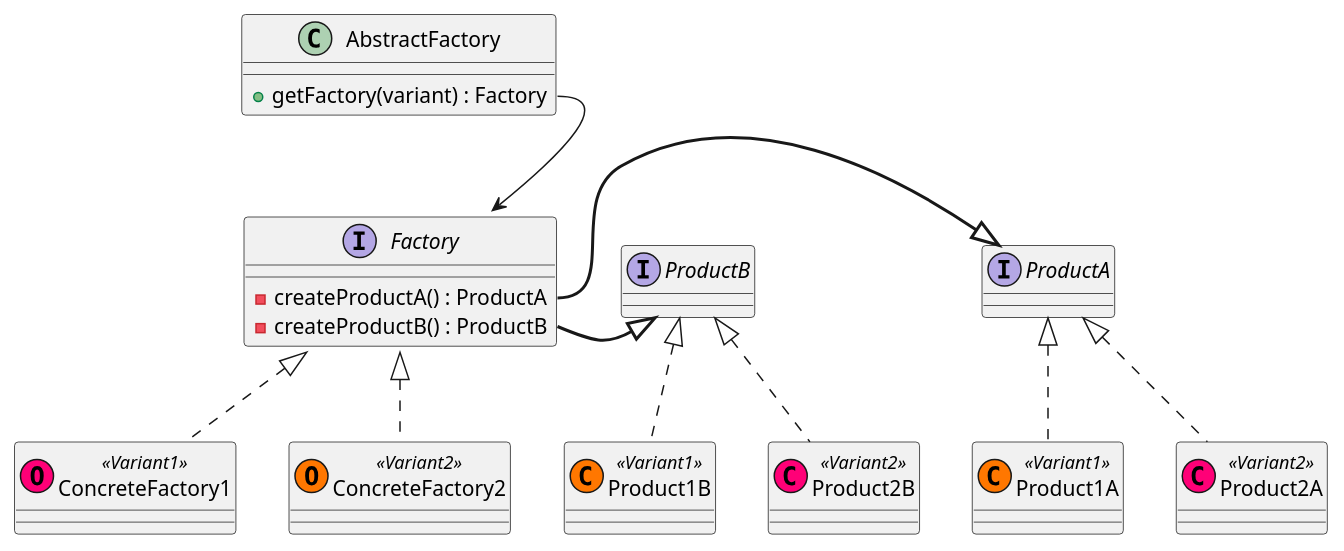
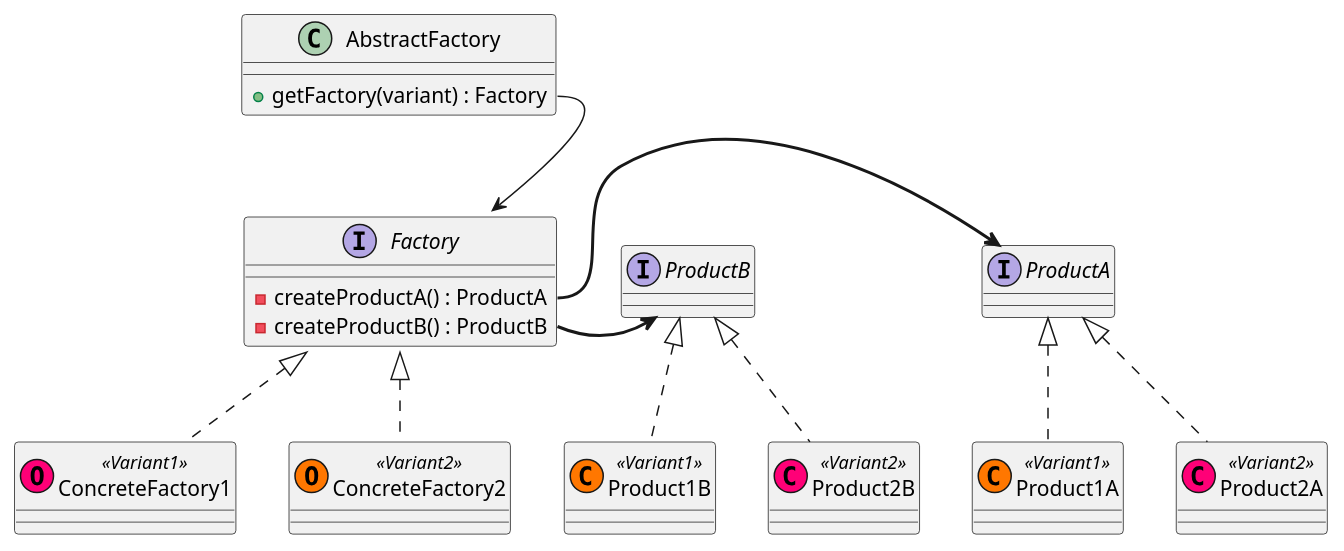
The diagram in content/posts/2021-03-02-kotlin-abstract-factory-pattern.md (asvid/hugo-blog), drawn with PlantUML before and after one commit. The commit also changed 14 other files, not shown here.

````diff
--- a/content/posts/2021-03-02-kotlin-abstract-factory-pattern.md
+++ b/content/posts/2021-03-02-kotlin-abstract-factory-pattern.md
@@ -148,32 +148,32 @@
-{% plantuml %}
+```plantuml
 @startuml
 
 interface Factory{
 
 - createProductA() : ProductA
 - createProductB() : ProductB
   }
 
 interface ProductA
 interface ProductB
 
 class Product1A<< (C,#FF7700) Variant1 >> implements ProductA
 class Product1B<< (C,#FF7700) Variant1 >> implements ProductB
 
 class Product2A<< (C,#FF0077) Variant2 >> implements ProductA
 class Product2B<< (C,#FF0077) Variant2 >> implements ProductB
 
 class ConcreteFactory1<< (O,#FF0077) Variant1 >> implements Factory
 class ConcreteFactory2<< (O,#FF7700) Variant2 >> implements Factory
 
-Factory::createProductA-right[bold]-|>ProductA
-Factory::createProductB-right[bold]-|>ProductB
+Factory::createProductA-right[bold]->ProductA
+Factory::createProductB-right[bold]->ProductB
 
 class AbstractFactory{
 +getFactory(variant) : Factory
 }
 
 AbstractFactory::getFactory-->Factory
 
 @enduml
-{% endplantuml %}
+```
````
